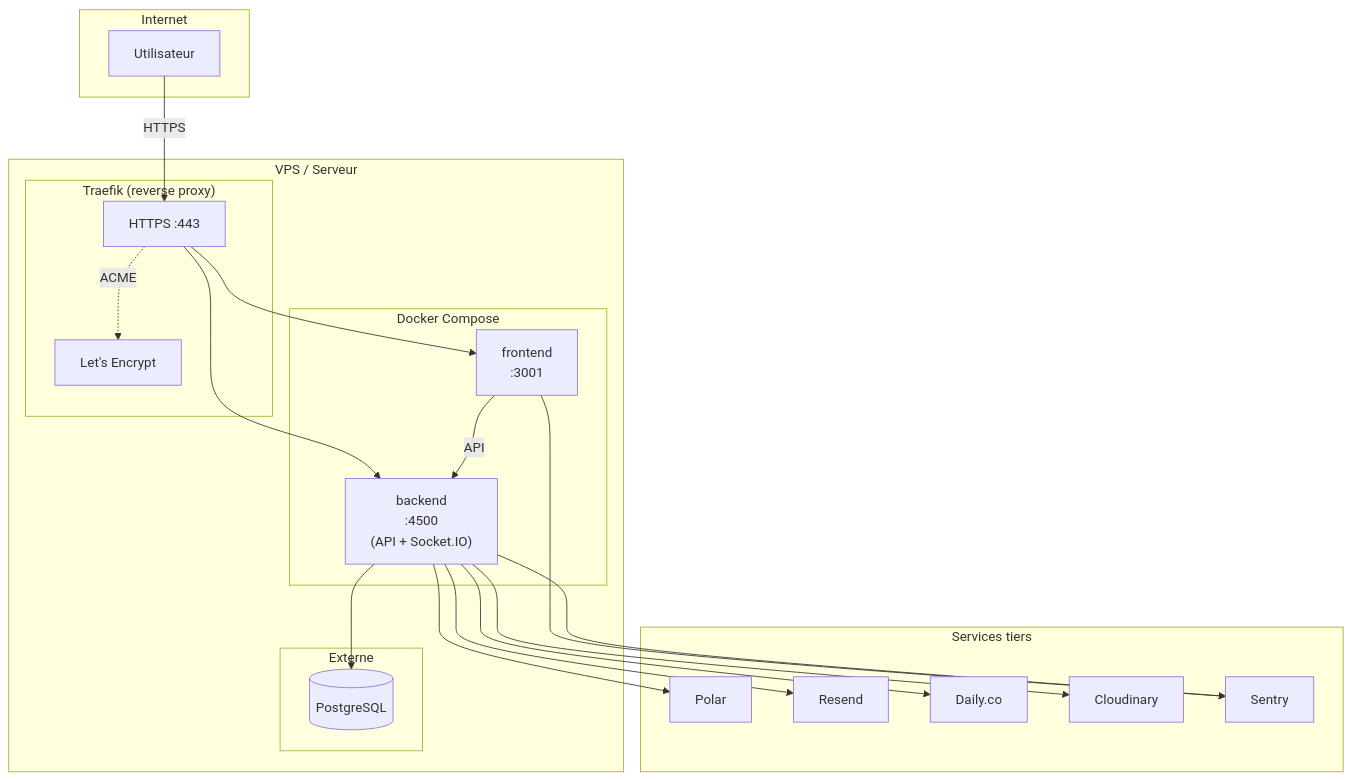
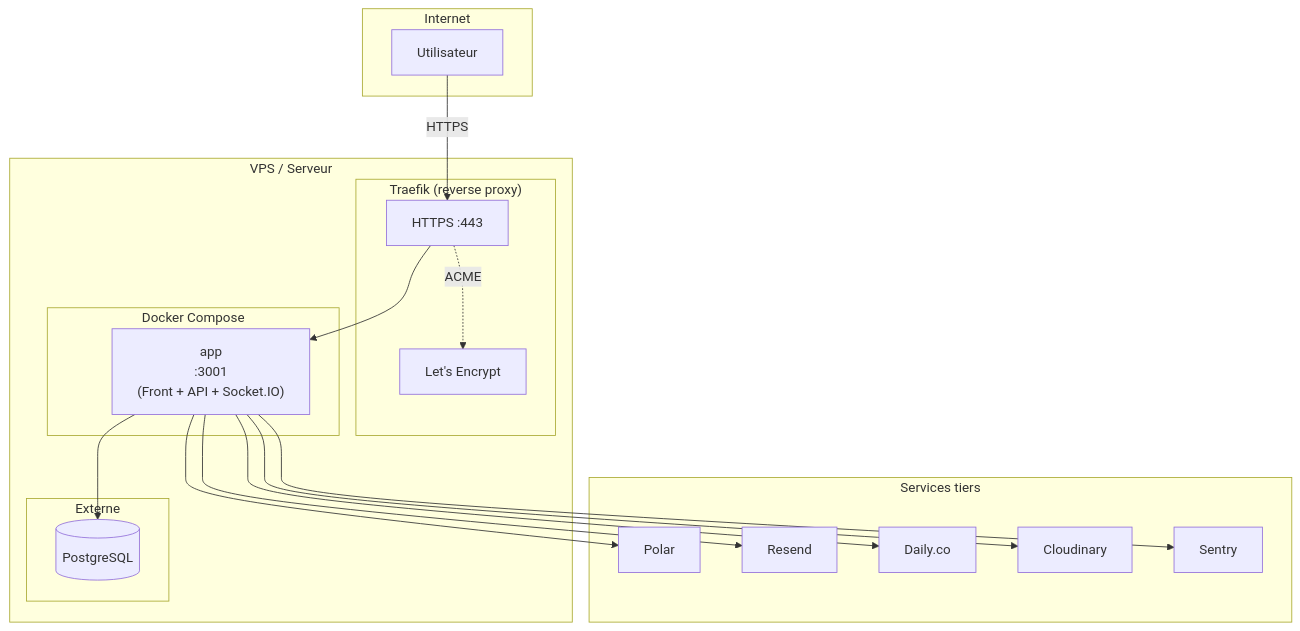
Before and after one commit to alice-444/ls_app: the fourth of 14 diagrams in docs/deploiement.md, drawn with Mermaid. The commit also changed other lines of this file and 8 other files, not shown here.

Commit message:
docs: update application structure and documentation to reflect unified app architecture, including shared components and deployment details

````diff
--- a/docs/deploiement.md
+++ b/docs/deploiement.md
@@ -77,43 +77,39 @@
 ```mermaid
 flowchart TB
   subgraph Internet["Internet"]
     User[Utilisateur]
   end
 
   subgraph VPS["VPS / Serveur"]
     subgraph Traefik["Traefik (reverse proxy)"]
       TLS[HTTPS :443]
       ACME[Let's Encrypt]
     end
 
     subgraph Docker["Docker Compose"]
-      Front["frontend\n:3001"]
-      Back["backend\n:4500\n(API + Socket.IO)"]
+      App["app\n:3001\n(Front + API + Socket.IO)"]
     end
 
     subgraph External["Externe"]
       DB[(PostgreSQL)]
     end
   end
 
   subgraph Services["Services tiers"]
     Polar[Polar]
     Resend[Resend]
     Daily[Daily.co]
     Cloudinary[Cloudinary]
     Sentry[Sentry]
   end
 
   User -->|HTTPS| TLS
-  TLS --> Front
-  TLS --> Back
-  Front -->|API| Back
-  Back --> DB
-  Back --> Polar
-  Back --> Resend
-  Back --> Daily
-  Back --> Cloudinary
-  Front --> Sentry
-  Back --> Sentry
+  TLS --> App
+  App --> DB
+  App --> Polar
+  App --> Resend
+  App --> Daily
+  App --> Cloudinary
+  App --> Sentry
   TLS -.->|ACME| ACME
 ```
````
